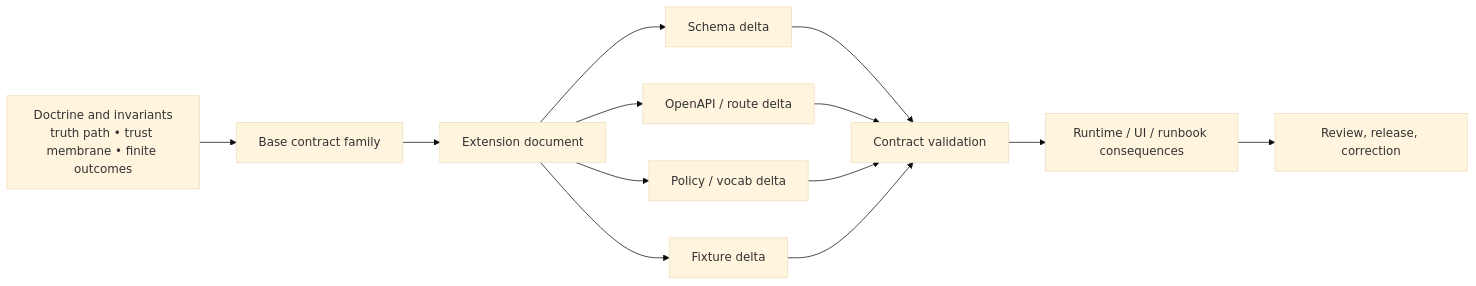
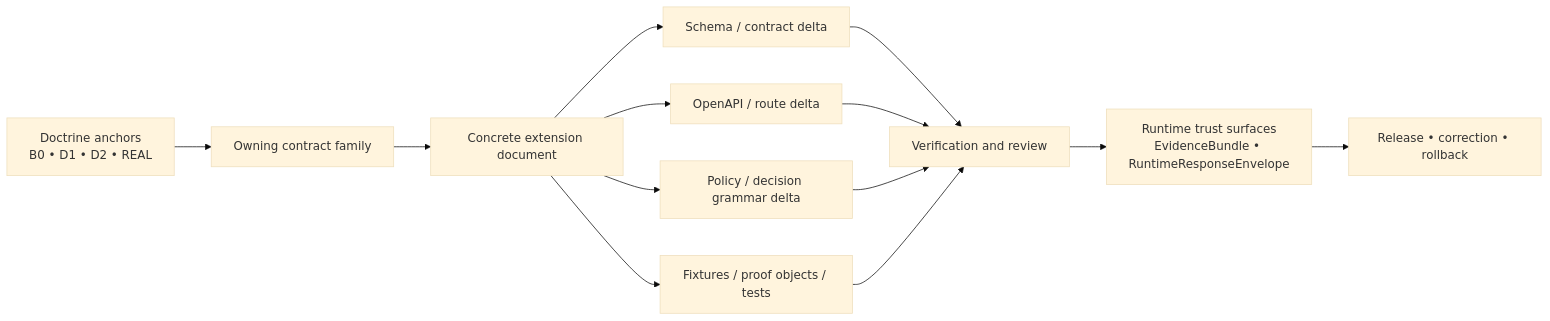
Before and after one commit to bartytime4life/Kansas-Frontier-Matrix: the diagram in docs/templates/TEMPLATE__API_CONTRACT_EXTENSION.md, drawn with Mermaid (base theme). The commit also changed other lines of this file, not shown here.

````diff
--- a/docs/templates/TEMPLATE__API_CONTRACT_EXTENSION.md
+++ b/docs/templates/TEMPLATE__API_CONTRACT_EXTENSION.md
@@ -202,15 +288,15 @@
 ```mermaid
 flowchart LR
-    A[Doctrine and invariants<br/>truth path • trust membrane • finite outcomes] --> B[Base contract family]
-    B --> C[Extension document]
-    C --> D[Schema delta]
+    A[Doctrine anchors<br/>B0 • D1 • D2 • REAL] --> B[Owning contract family]
+    B --> C[Concrete extension document]
+    C --> D[Schema / contract delta]
     C --> E[OpenAPI / route delta]
-    C --> F[Policy / vocab delta]
-    C --> G[Fixture delta]
-    D --> H[Contract validation]
+    C --> F[Policy / decision grammar delta]
+    C --> G[Fixtures / proof objects / tests]
+    D --> H[Verification and review]
     E --> H
     F --> H
     G --> H
-    H --> I[Runtime / UI / runbook consequences]
-    I --> J[Review, release, correction]
+    H --> I[Runtime trust surfaces<br/>EvidenceBundle • RuntimeResponseEnvelope]
+    I --> J[Release • correction • rollback]
 ```
````
